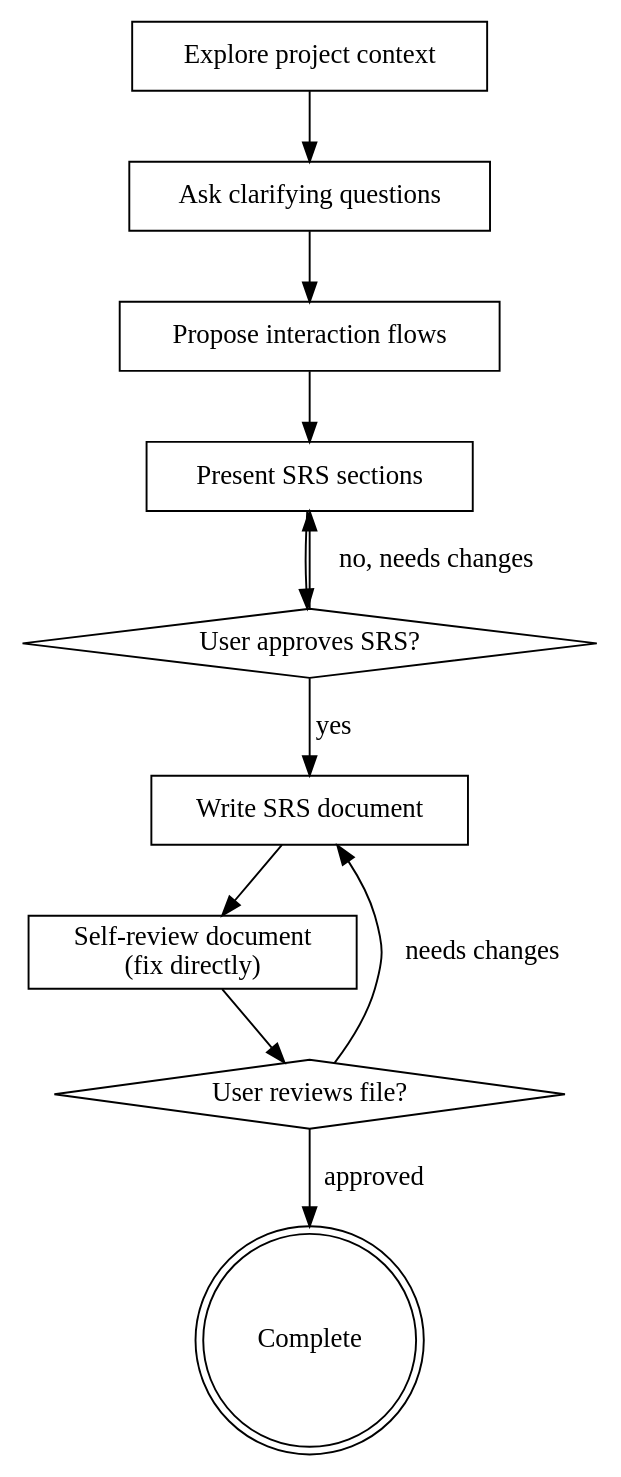
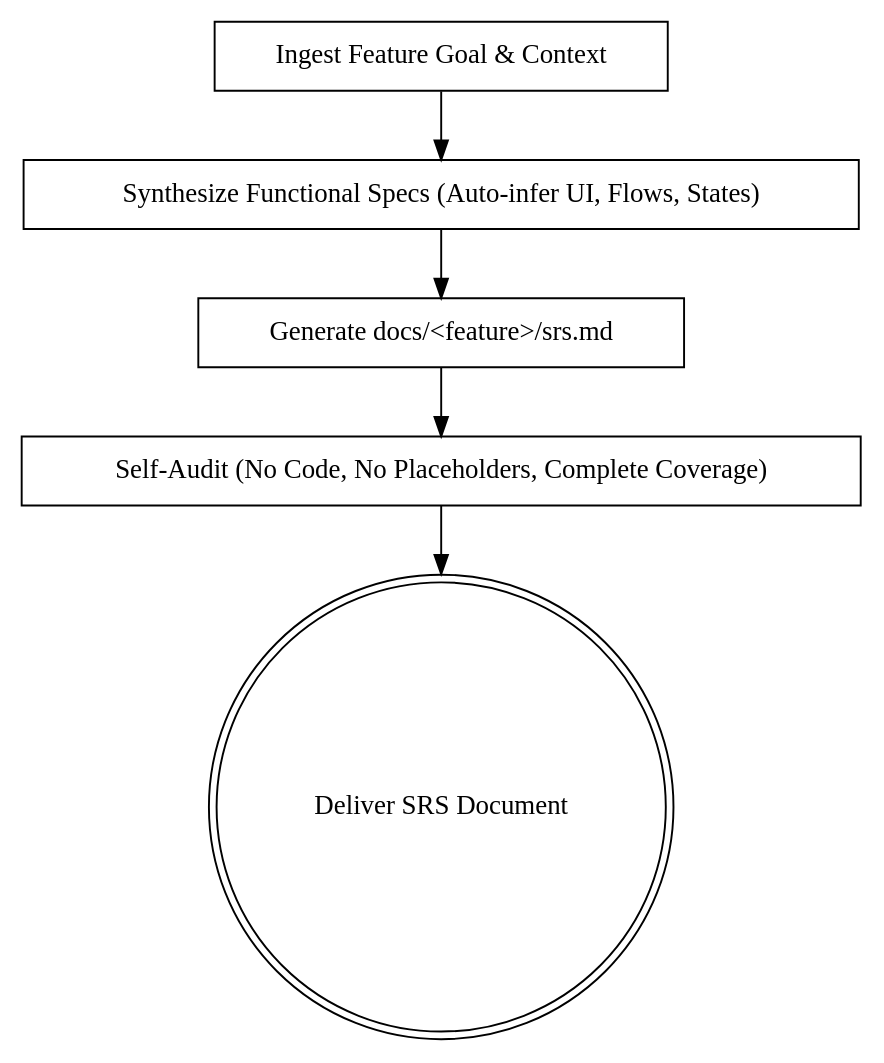
One commit to impeterwayne/AndroidHarnessAGY changed the diagram in .agents/skills/srs-generator/SKILL.md. Above: the diagram before and after it, drawn with Graphviz. The commit also changed other lines of this file and 33 other files, not shown here.

````diff
--- a/.agents/skills/srs-generator/SKILL.md
+++ b/.agents/skills/srs-generator/SKILL.md
@@ -33,24 +45,14 @@
 ```dot
 digraph srs_generator {
-    "Explore project context" [shape=box];
-    "Ask clarifying questions" [shape=box];
-    "Propose interaction flows" [shape=box];
-    "Present SRS sections" [shape=box];
-    "User approves SRS?" [shape=diamond];
-    "Write SRS document" [shape=box];
-    "Self-review document\n(fix directly)" [shape=box];
-    "User reviews file?" [shape=diamond];
-    "Complete" [shape=doublecircle];
+    "Ingest Feature Goal & Context" [shape=box];
+    "Synthesize Functional Specs (Auto-infer UI, Flows, States)" [shape=box];
+    "Generate docs/<feature>/srs.md" [shape=box];
+    "Self-Audit (No Code, No Placeholders, Complete Coverage)" [shape=box];
+    "Deliver SRS Document" [shape=doublecircle];
 
-    "Explore project context" -> "Ask clarifying questions";
-    "Ask clarifying questions" -> "Propose interaction flows";
-    "Propose interaction flows" -> "Present SRS sections";
-    "Present SRS sections" -> "User approves SRS?";
-    "User approves SRS?" -> "Present SRS sections" [label="no, needs changes"];
-    "User approves SRS?" -> "Write SRS document" [label="yes"];
-    "Write SRS document" -> "Self-review document\n(fix directly)";
-    "Self-review document\n(fix directly)" -> "User reviews file?";
-    "User reviews file?" -> "Write SRS document" [label="needs changes"];
-    "User reviews file?" -> "Complete" [label="approved"];
+    "Ingest Feature Goal & Context" -> "Synthesize Functional Specs (Auto-infer UI, Flows, States)";
+    "Synthesize Functional Specs (Auto-infer UI, Flows, States)" -> "Generate docs/<feature>/srs.md";
+    "Generate docs/<feature>/srs.md" -> "Self-Audit (No Code, No Placeholders, Complete Coverage)";
+    "Self-Audit (No Code, No Placeholders, Complete Coverage)" -> "Deliver SRS Document";
 }
 ```
````
